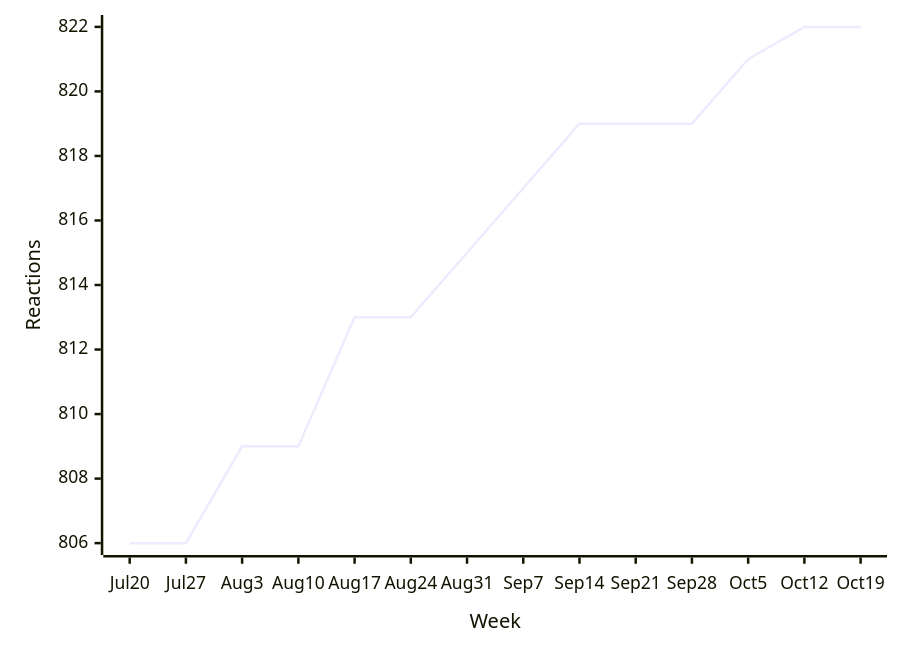
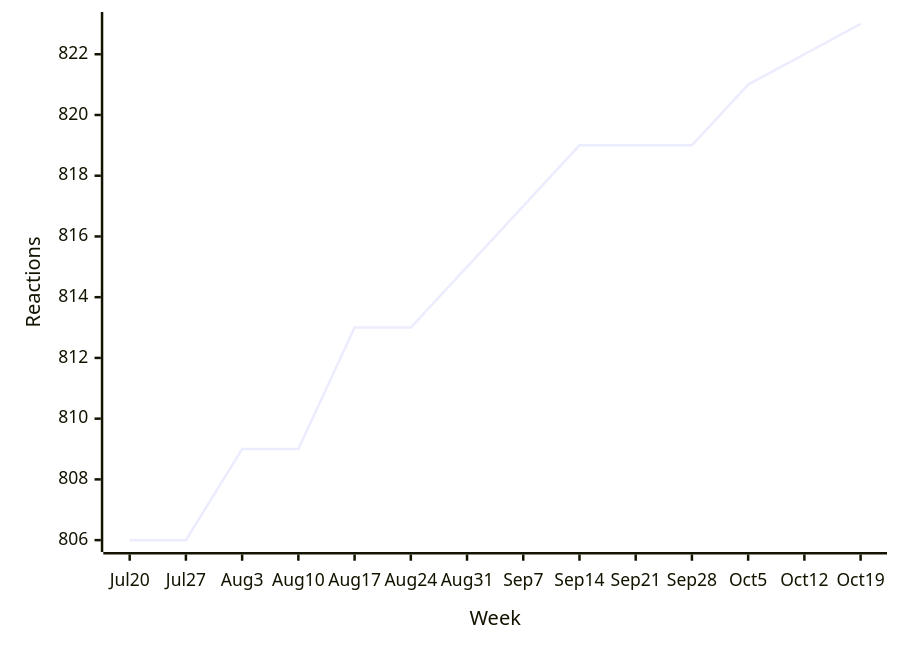
The fifth of 39 diagrams in README.md (loic-sharma/github-insights), drawn with Mermaid before and after one commit. The commit also changed other lines of this file and 2 other files, not shown here.

````diff
--- a/README.md
+++ b/README.md
@@ -392,6 +392,6 @@
   ```mermaid
   xychart-beta
     x-axis "Week" [Jul 20, Jul 27, Aug 3, Aug 10, Aug 17, Aug 24, Aug 31, Sep 7, Sep 14, Sep 21, Sep 28, Oct 5, Oct 12, Oct 19]
     y-axis "Reactions"
-    line [806, 806, 809, 809, 813, 813, 815, 817, 819, 819, 819, 821, 822, 822]
+    line [806, 806, 809, 809, 813, 813, 815, 817, 819, 819, 819, 821, 822, 823]
   ```
````
